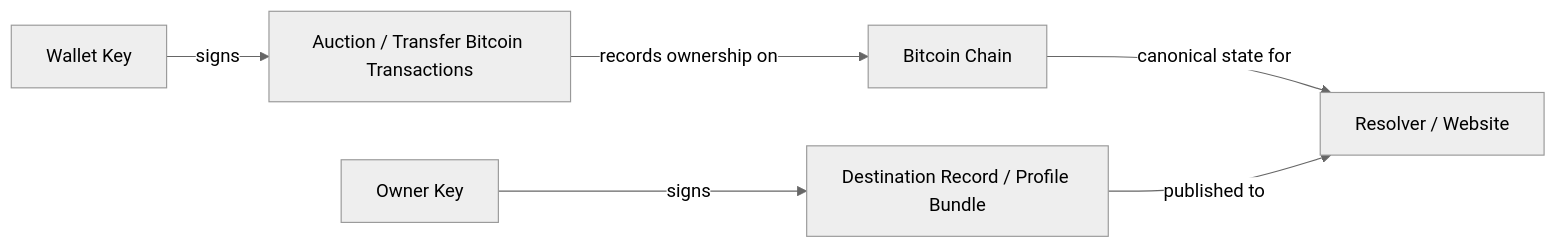
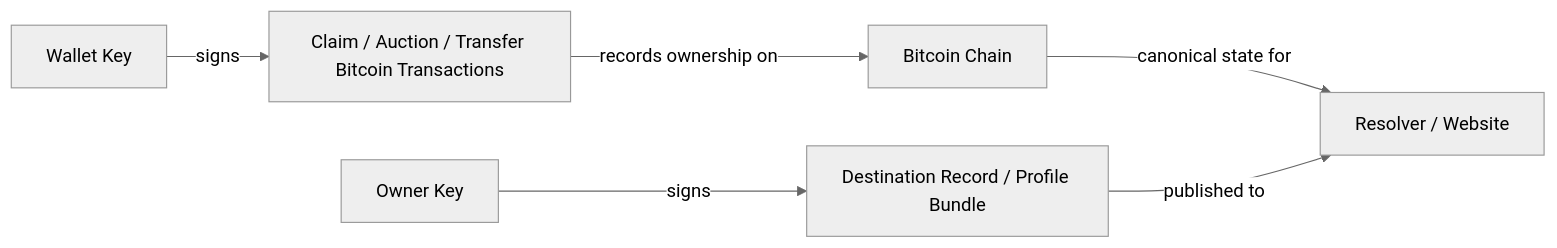
Before and after one commit to deekay/ont: the diagram in README.md, drawn with Mermaid (neutral theme). The commit also changed other lines of this file, not shown here.

````diff
--- a/README.md
+++ b/README.md
@@ -67,8 +67,8 @@
 ```mermaid
 flowchart LR
-  A["Wallet Key"] -->|"signs"| B["Auction / Transfer Bitcoin Transactions"]
+  A["Wallet Key"] -->|"signs"| B["Claim / Auction / Transfer Bitcoin Transactions"]
   B -->|"records ownership on"| C["Bitcoin Chain"]
   C -->|"canonical state for"| D["Resolver / Website"]
   E["Owner Key"] -->|"signs"| F["Destination Record / Profile Bundle"]
   F -->|"published to"| D
 ```
````
